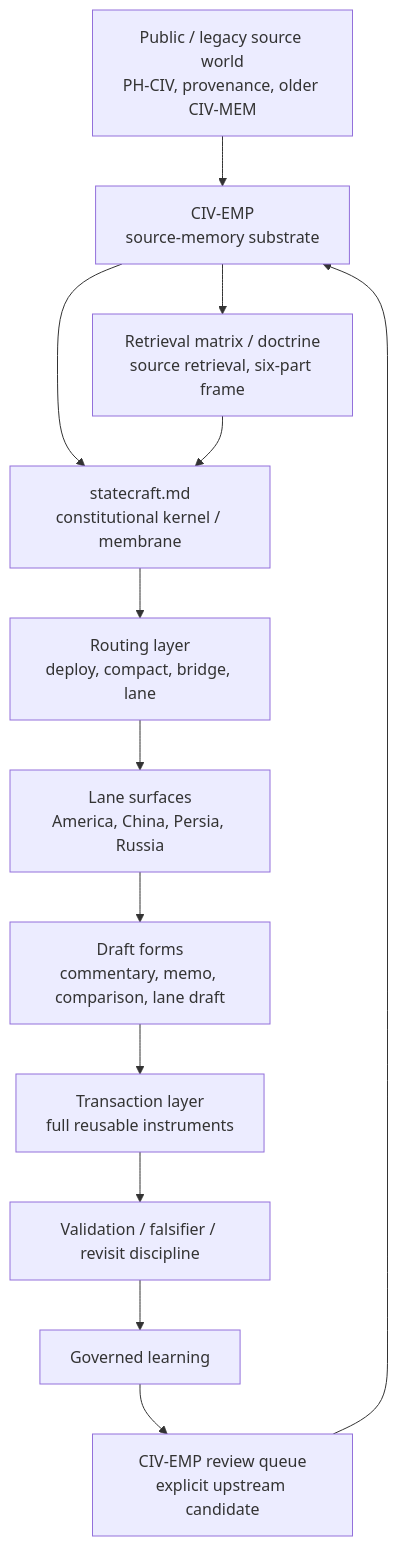
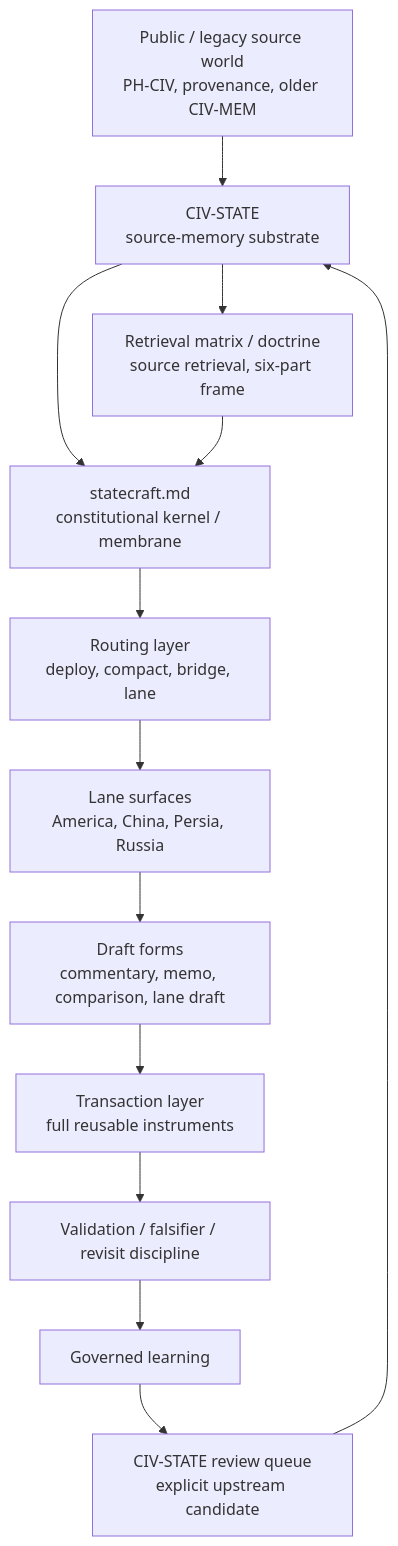
One commit to rbtkhn/strategy-codex changed the diagram in statecraft/README.md. Above: the diagram before and after it, drawn with Mermaid. The commit also changed other lines of this file and 185 other files, not shown here.

Commit message:
Rename civ-emp substrate to civ-state

````diff
--- a/statecraft/README.md
+++ b/statecraft/README.md
@@ -13,16 +13,16 @@
 ```mermaid
 flowchart TD
-    A["Public / legacy source world<br/>PH-CIV, provenance, older CIV-MEM"] --> B["CIV-EMP<br/>source-memory substrate"]
+    A["Public / legacy source world<br/>PH-CIV, provenance, older CIV-MEM"] --> B["CIV-STATE<br/>source-memory substrate"]
     B --> C["statecraft.md<br/>constitutional kernel / membrane"]
     C --> D["Routing layer<br/>deploy, compact, bridge, lane"]
     D --> E["Lane surfaces<br/>America, China, Persia, Russia"]
     E --> F["Draft forms<br/>commentary, memo, comparison, lane draft"]
     F --> G["Transaction layer<br/>full reusable instruments"]
     G --> H["Validation / falsifier / revisit discipline"]
     H --> I["Governed learning"]
-    I --> J["CIV-EMP review queue<br/>explicit upstream candidate"]
+    I --> J["CIV-STATE review queue<br/>explicit upstream candidate"]
     J --> B
 
     B --> K["Retrieval matrix / doctrine<br/>source retrieval, six-part frame"]
     K --> C
 ```
````
